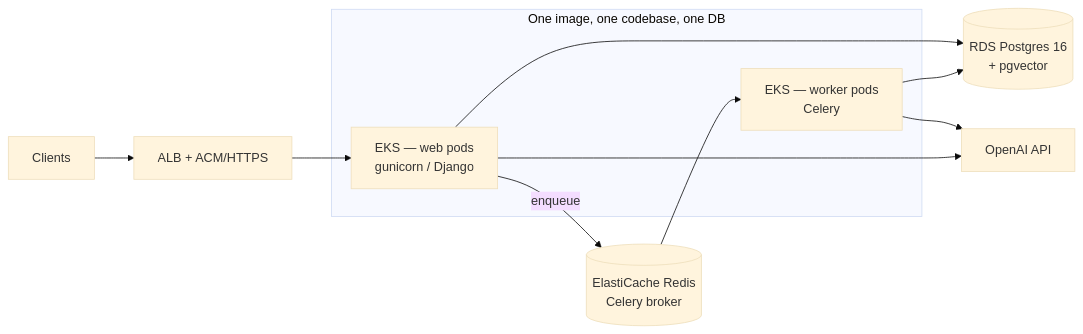
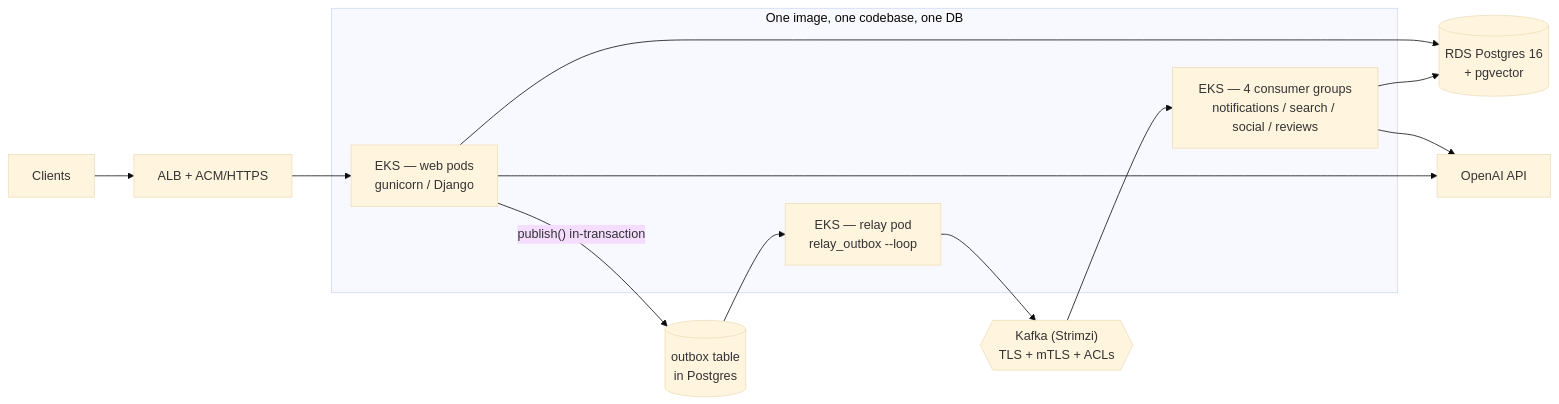
One commit to uditaditya-tech/frikkinwave-backend changed the first of 6 diagrams in MICROSERVICES.md. Above: the diagram before and after it, drawn with Mermaid (base theme). The commit also changed other lines of this file and 6 other files, not shown here.

````diff
--- a/MICROSERVICES.md
+++ b/MICROSERVICES.md
@@ -36,16 +36,19 @@
 ```mermaid
 flowchart LR
     C[Clients] --> ALB[ALB + ACM/HTTPS]
     ALB --> WEB["EKS — web pods<br/>gunicorn / Django"]
     WEB --> PG[("RDS Postgres 16<br/>+ pgvector")]
-    WEB -- enqueue --> R[(ElastiCache Redis<br/>Celery broker)]
-    R --> WKR["EKS — worker pods<br/>Celery"]
-    WKR --> PG
-    WKR --> OAI[OpenAI API]
+    WEB -- "publish() in-transaction" --> OB[("outbox table<br/>in Postgres")]
+    OB --> RLY["EKS — relay pod<br/>relay_outbox --loop"]
+    RLY --> K{{"Kafka (Strimzi)<br/>TLS + mTLS + ACLs"}}
+    K --> CG["EKS — 4 consumer groups<br/>notifications / search / social / reviews"]
+    CG --> PG
+    CG --> OAI[OpenAI API]
     WEB --> OAI
 
     subgraph MONO["One image, one codebase, one DB"]
       WEB
-      WKR
+      RLY
+      CG
     end
 ```
````
